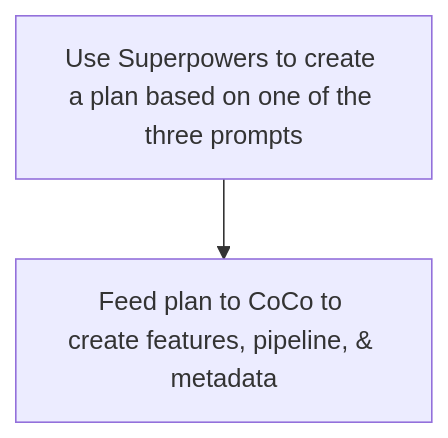
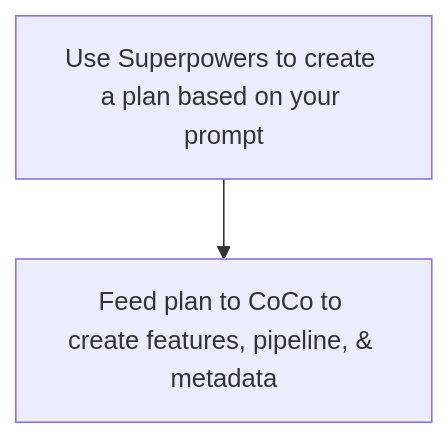
Before and after one commit to pip-blend360/AI-Assisted-Feature-Engineering-Demo: the diagram in Demo-Prep-Instructions 1.md, drawn with Mermaid. The commit also changed other lines of this file and 4 other files, not shown here.

````diff
--- a/Demo-Prep-Instructions 1.md
+++ b/Demo-Prep-Instructions 1.md
@@ -15,4 +15,4 @@
 ```mermaid
 graph TD
-    A[Use Superpowers to create a plan based on one of the three prompts] --> B[Feed plan to CoCo to create features, pipeline, & metadata]
+    A[Use Superpowers to create a plan based on your prompt] --> B[Feed plan to CoCo to create features, pipeline, & metadata]
 ```
````
